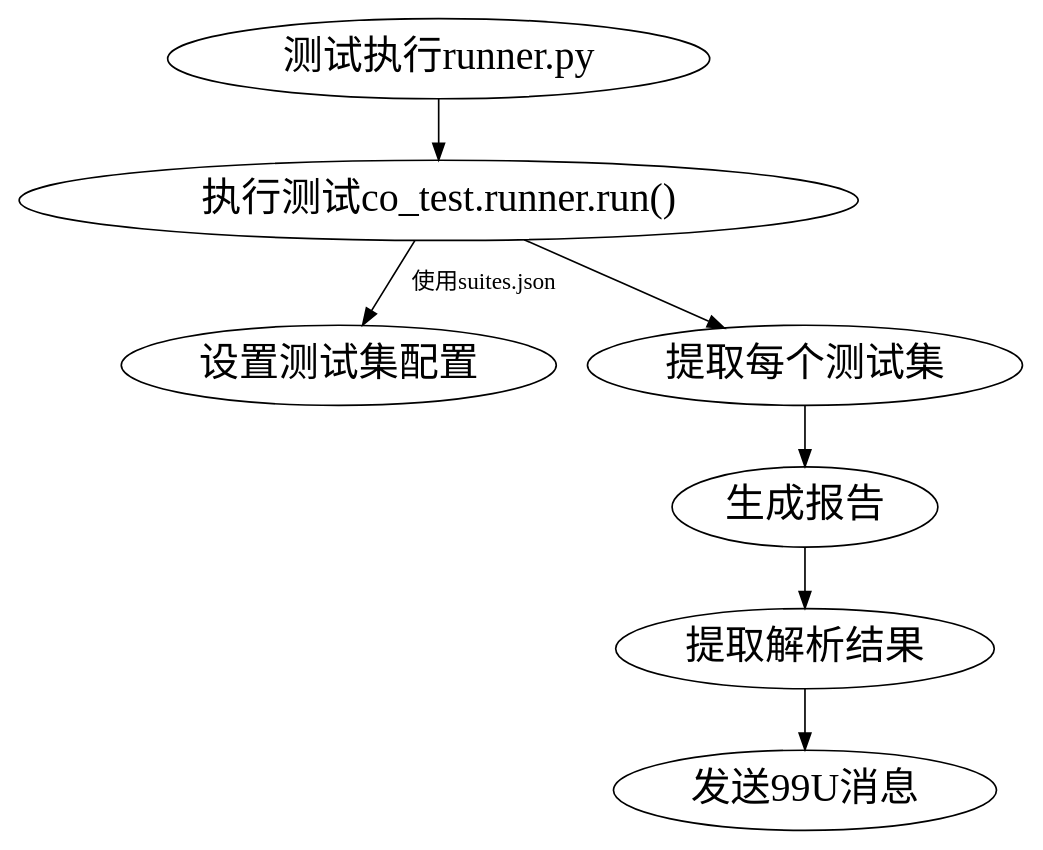
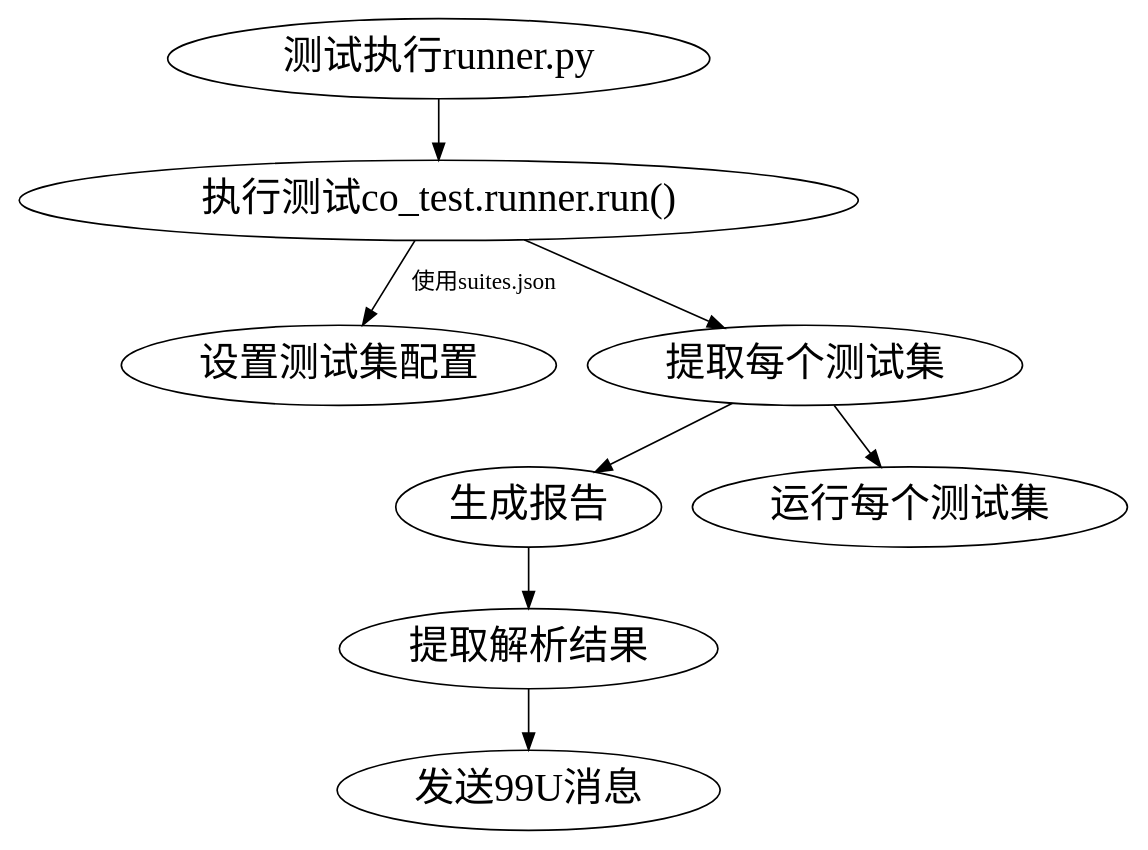
Before and after one commit to cleardo/dot_study: the diagram in ndlib.dot, drawn with Graphviz.

Commit message:
dot study

```diff
--- a/ndlib.dot
+++ b/ndlib.dot
@@ -1,33 +1,37 @@
 // 图
 digraph G {
     // 设置图属性
     // size
     // 设置全局结点中的字体
     node[fontsize=24];
 	runner [label="测试执行runner.py"]
 
 	report [label="生成报告"];
 
 	run [label="执行测试co_test.runner.run()"];
 	
 	set_case_list [label="设置测试集配置"];
 
 	get_test_cases [label="提取每个测试集"];
 
+	run_test_cases [label="运行每个测试集"];
+
 	get_result [label="提取解析结果"];
 
 	send_im [label="发送99U消息"];
 
 	runner -> run;
 
 	get_test_cases -> report;
 
 	run -> set_case_list [label="使用suites.json"];
 
 	run -> get_test_cases;
 
+	get_test_cases -> run_test_cases;
+
 	report -> get_result;
 
 	get_result -> send_im;
 
 }
```
